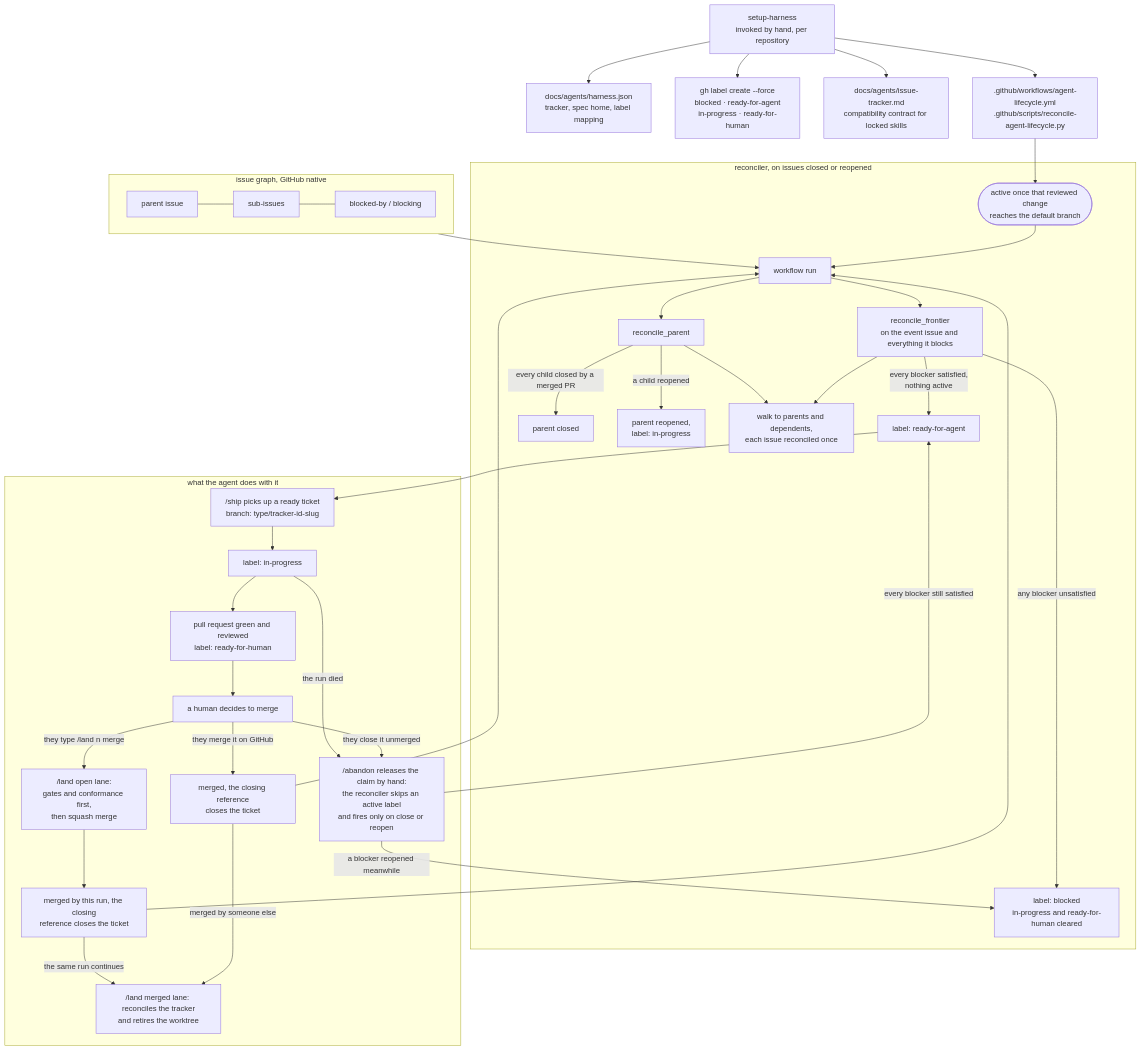
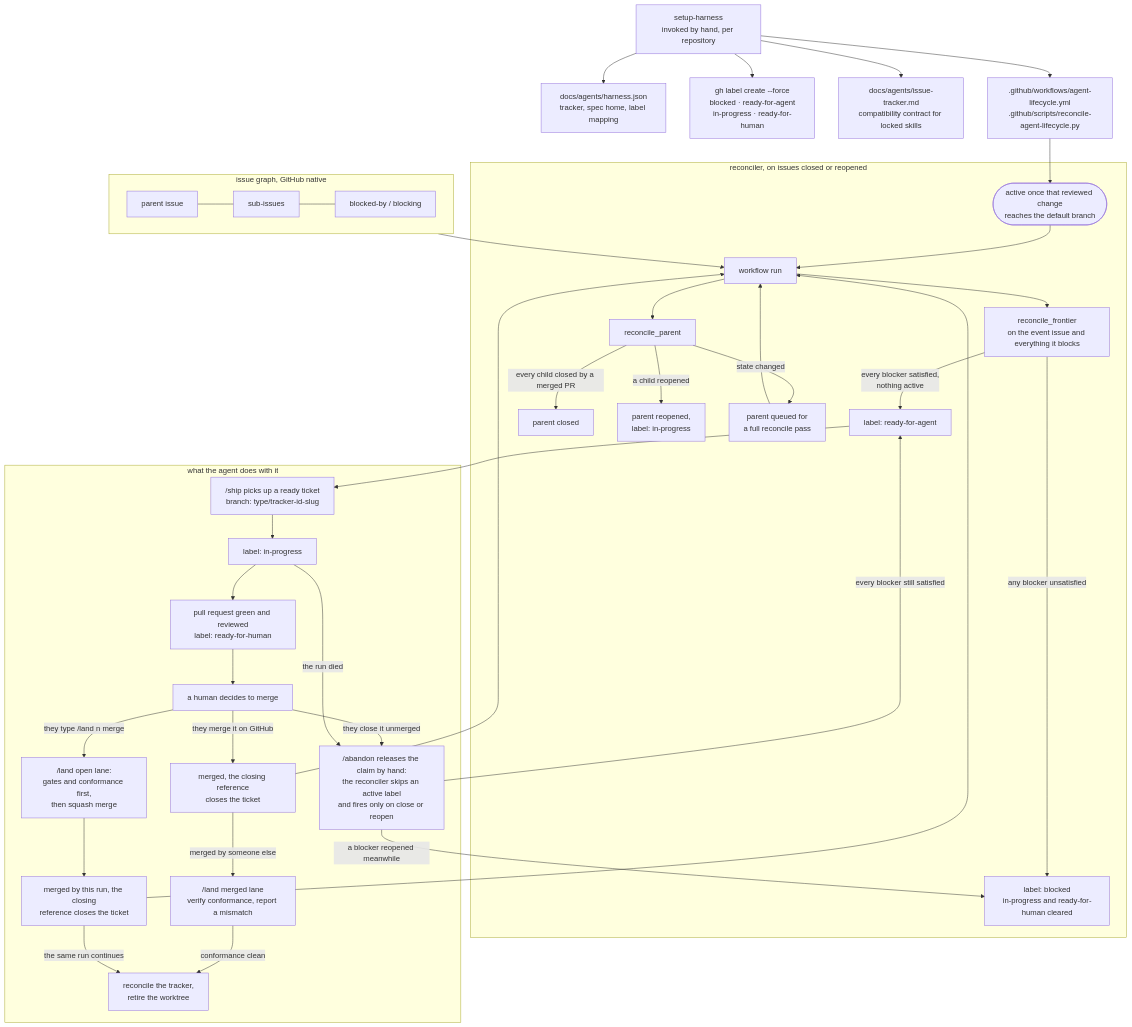
Before and after one commit to jvillegasd/harness: the second of 2 diagrams in harness/README.md, drawn with Mermaid. The commit also changed other lines of this file, not shown here.

First line of the commit message:
docs(harness): correct lifecycle Mermaid diagrams (#69)

````diff
--- a/harness/README.md
+++ b/harness/README.md
@@ -277,45 +282,46 @@
 ```mermaid
 flowchart TD
     setup["setup-harness<br>invoked by hand, per repository"] --> config["docs/agents/harness.json<br>tracker, spec home, label mapping"]
     setup --> labels["gh label create --force<br>blocked · ready-for-agent<br>in-progress · ready-for-human"]
     setup --> trackerdoc["docs/agents/issue-tracker.md<br>compatibility contract for locked skills"]
     setup --> files[".github/workflows/agent-lifecycle.yml<br>.github/scripts/reconcile-agent-lifecycle.py"]
     files --> active(["active once that reviewed change<br>reaches the default branch"])
 
     subgraph GRAPH["issue graph, GitHub native"]
         parent["parent issue"] --- children["sub-issues"]
         children --- deps["blocked-by / blocking"]
     end
 
     subgraph RUN["reconciler, on issues closed or reopened"]
         active --> trigger["workflow run"]
         trigger --> frontier["reconcile_frontier<br>on the event issue and everything it blocks"]
         frontier -->|any blocker unsatisfied| blocked["label: blocked<br>in-progress and ready-for-human cleared"]
         frontier -->|every blocker satisfied,<br>nothing active| ready["label: ready-for-agent"]
         trigger --> parentstate["reconcile_parent"]
         parentstate -->|every child closed by a merged PR| closeparent["parent closed"]
         parentstate -->|a child reopened| reopenparent["parent reopened,<br>label: in-progress"]
-        frontier --> walk["walk to parents and dependents,<br>each issue reconciled once"]
-        parentstate --> walk
+        parentstate -->|state changed| parentqueue["parent queued for<br>a full reconcile pass"]
+        parentqueue --> trigger
     end
 
     GRAPH --> trigger
 
     subgraph AGENT["what the agent does with it"]
         ready --> ship["/ship picks up a ready ticket<br>branch: type/tracker-id-slug"]
         ship --> inprogress["label: in-progress"]
         inprogress --> prready["pull request green and reviewed<br>label: ready-for-human"]
         prready --> humanmerge["a human decides to merge"]
         humanmerge -->|they merge it on GitHub| merged["merged, the closing reference<br>closes the ticket"]
         humanmerge -->|they type /land n merge| landopen["/land open lane:<br>gates and conformance first,<br>then squash merge"]
         landopen --> mergedself["merged by this run, the closing<br>reference closes the ticket"]
         mergedself --> trigger
         merged --> trigger
-        merged -->|merged by someone else| land["/land merged lane: reconciles the tracker<br>and retires the worktree"]
-        mergedself -->|the same run continues| land
+        merged -->|merged by someone else| landmerged["/land merged lane<br>verify conformance, report a mismatch"]
+        landmerged -->|conformance clean| landtail["reconcile the tracker,<br>retire the worktree"]
+        mergedself -->|the same run continues| landtail
         humanmerge -->|they close it unmerged| abandonlabel["/abandon releases the claim by hand:<br>the reconciler skips an active label<br>and fires only on close or reopen"]
         inprogress -->|the run died| abandonlabel
         abandonlabel -->|every blocker still satisfied| ready
         abandonlabel -->|a blocker reopened meanwhile| blocked
     end
 ```
````
